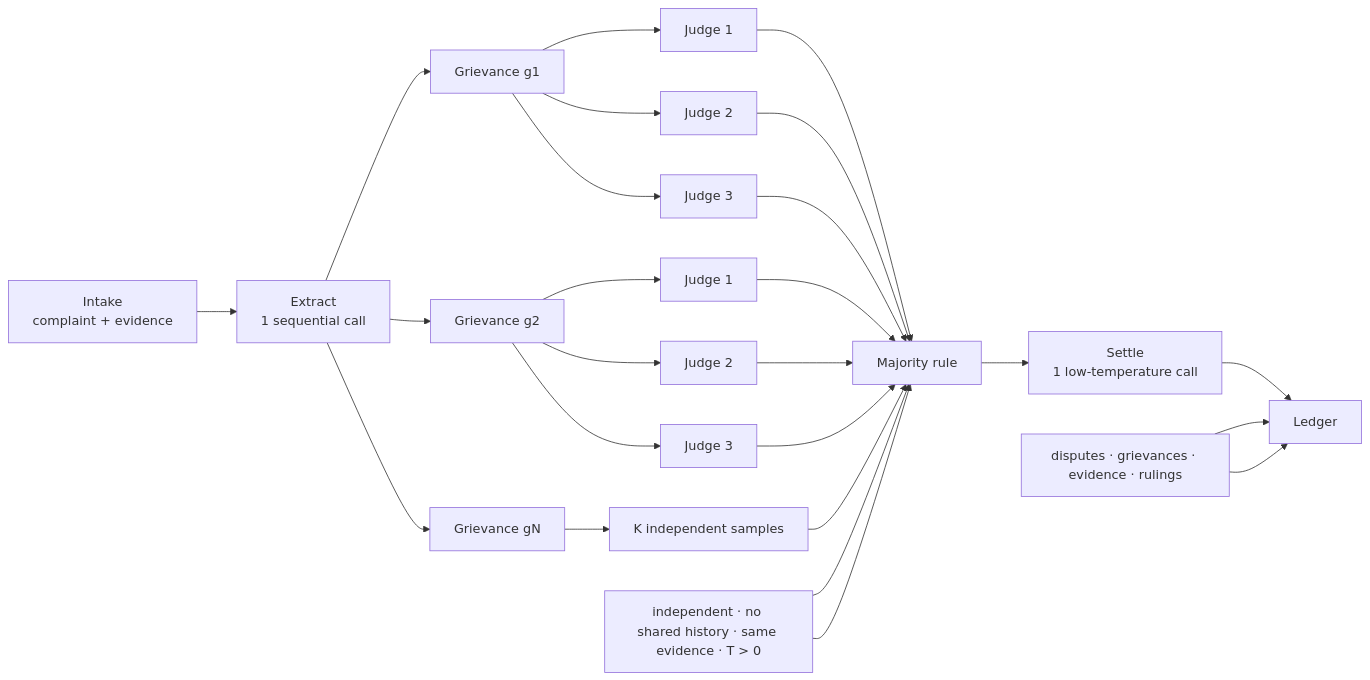
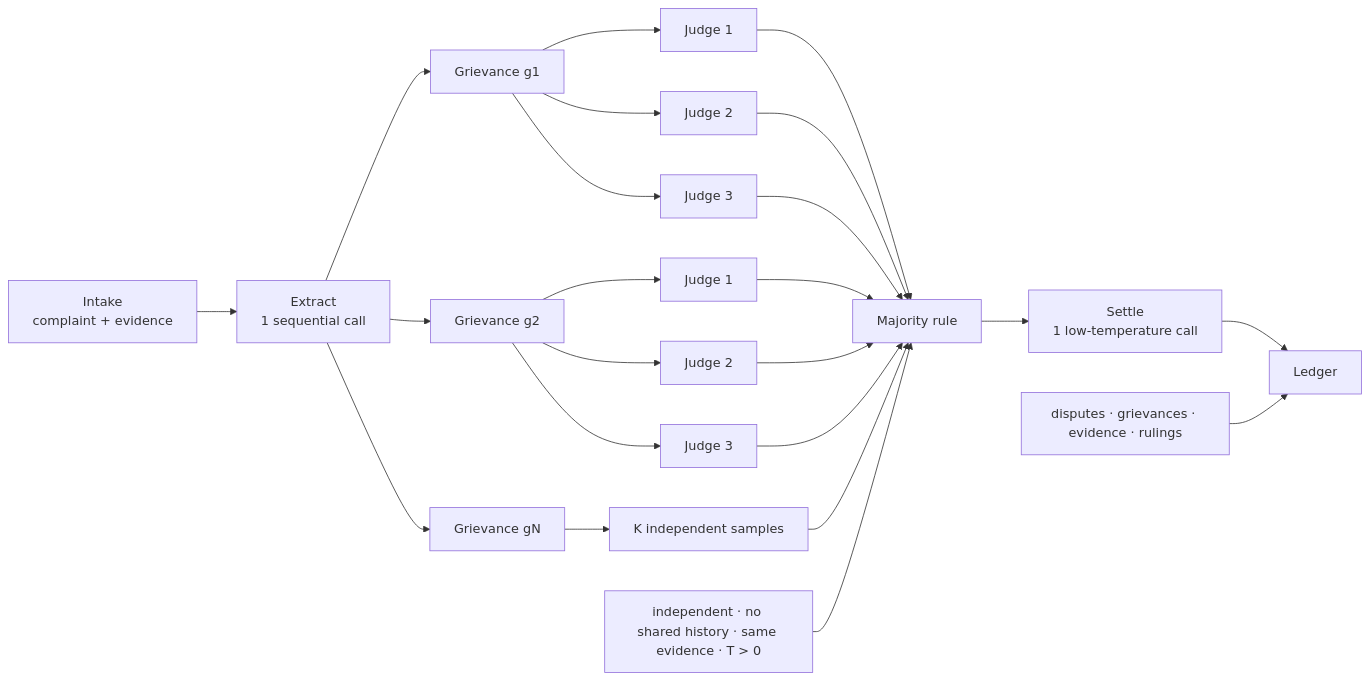
Before and after one commit to pankajspace/ai: the second of 3 diagrams in projects/techtoday/study/ai-demos/ai-systems.md, drawn with Mermaid. The commit also changed other lines of this file and 4 other files, not shown here.

Commit message:
Refactor Mermaid diagram rendering for improved edge label handling and dynamic layer gaps

````diff
--- a/projects/techtoday/study/ai-demos/ai-systems.md
+++ b/projects/techtoday/study/ai-demos/ai-systems.md
@@ -191,31 +191,27 @@
 ```mermaid
 flowchart LR
   I[Intake<br>complaint + evidence] --> E[Extract<br>1 sequential call]
   E --> G1[Grievance g1]
   E --> G2[Grievance g2]
   E --> GN[Grievance gN]
   G1 --> J1[Judge 1]
   G1 --> J2[Judge 2]
   G1 --> J3[Judge 3]
   G2 --> K1[Judge 1]
   G2 --> K2[Judge 2]
   G2 --> K3[Judge 3]
   GN --> N1[K independent samples]
   J1 --> R[Majority rule]
     J2 --> R
     J3 --> R
     K1 --> R
     K2 --> R
     K3 --> R
     N1 --> R
     R --> S[Settle<br>1 low-temperature call]
     S --> L[Ledger]
   NOTE["independent · no shared history · same evidence · T > 0"]
   NOTE --> R
   DATA["disputes · grievances · evidence · rulings"]
   DATA --> L
-  NOTE["independent · no shared history · same evidence · T > 0"]
-  NOTE --> R
-  DATA["disputes · grievances · evidence · rulings"]
-  DATA --> L
 ```
````
